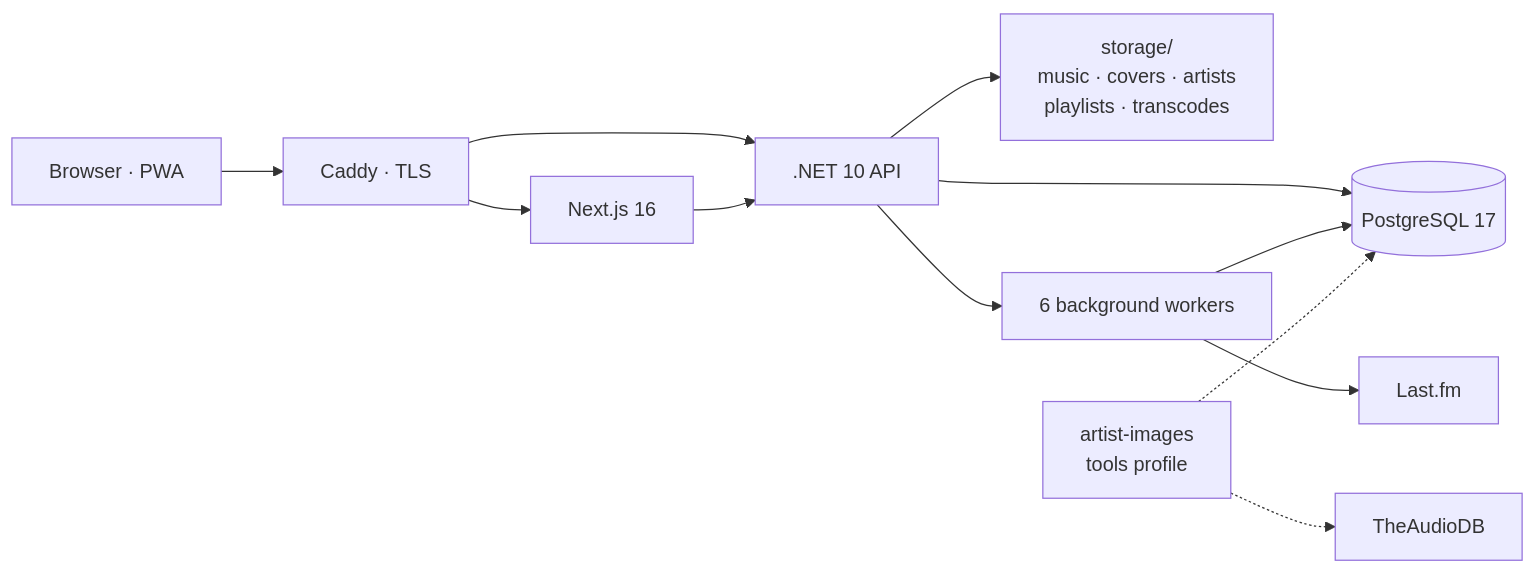
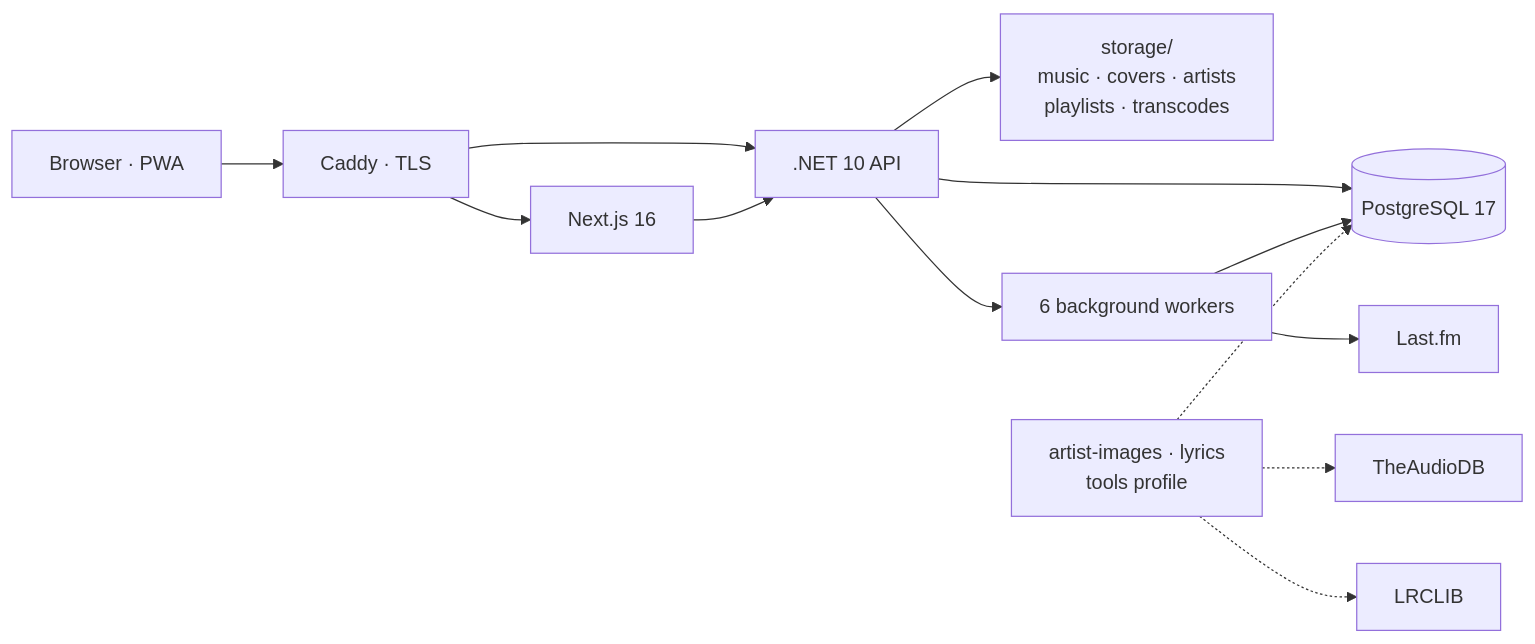
Before and after one commit to BulatRuslanovich/music-streaming: the diagram in README.md, drawn with Mermaid. The commit also changed other lines of this file and 22 other files, not shown here.

First line of the commit message:
feat: add lyrics tool for fetching and syncing lyrics from LRCLIB

````diff
--- a/README.md
+++ b/README.md
@@ -70,14 +71,15 @@
 ```mermaid
 flowchart LR
   browser["Browser · PWA"] --> caddy["Caddy · TLS"]
   caddy --> web["Next.js 16"]
   caddy --> api[".NET 10 API"]
   web --> api
   api --> db[("PostgreSQL 17")]
   api --> disk["storage/<br/>music · covers · artists<br/>playlists · transcodes"]
   api --> workers["6 background workers"]
   workers --> db
   workers --> lastfm["Last.fm"]
-  tool["artist-images<br/>tools profile"] -.-> audiodb["TheAudioDB"]
-  tool -.-> db
+  tools["artist-images · lyrics<br/>tools profile"] -.-> audiodb["TheAudioDB"]
+  tools -.-> lrclib["LRCLIB"]
+  tools -.-> db
 ```
````
